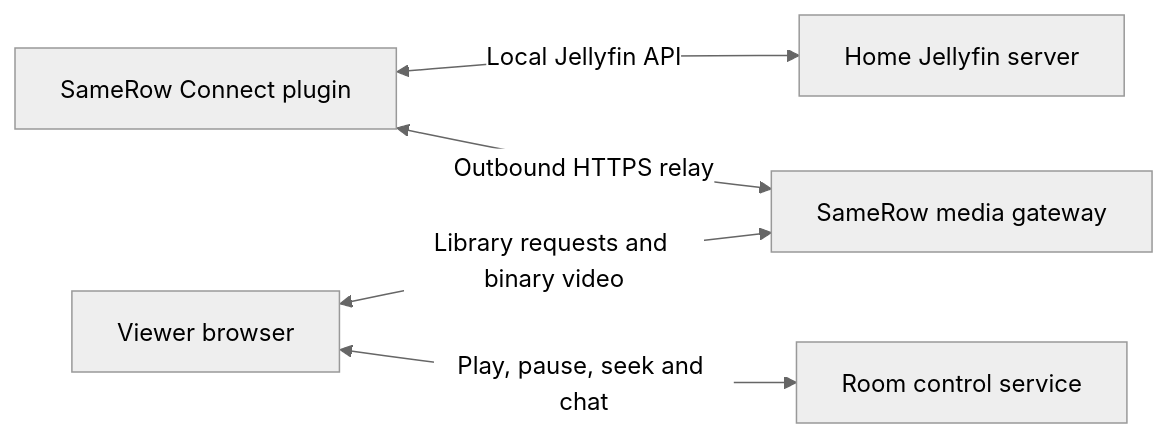
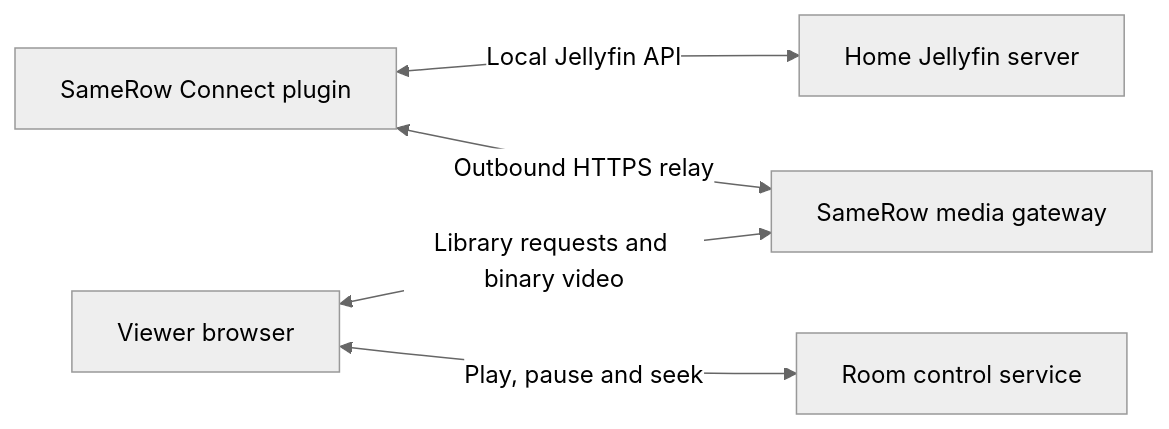
One commit to devpratyushh/Samerow-V2 changed the diagram in README.md. Above: the diagram before and after it, drawn with Mermaid (neutral theme). The commit also changed other lines of this file and 43 other files, not shown here.

Commit message:
Stabilize shared Jellyfin playback and pause room chat

````diff
--- a/README.md
+++ b/README.md
@@ -84,13 +87,13 @@
 ```mermaid
 flowchart LR
     Jellyfin[Home Jellyfin server]
     Plugin[SameRow Connect plugin]
     Gateway[SameRow media gateway]
     Browser[Viewer browser]
     Control[Room control service]
 
     Plugin <-->|Local Jellyfin API| Jellyfin
     Plugin <-->|Outbound HTTPS relay| Gateway
     Browser <-->|Library requests and binary video| Gateway
-    Browser <-->|Play, pause, seek and chat| Control
+    Browser <-->|Play, pause and seek| Control
 ```
````
